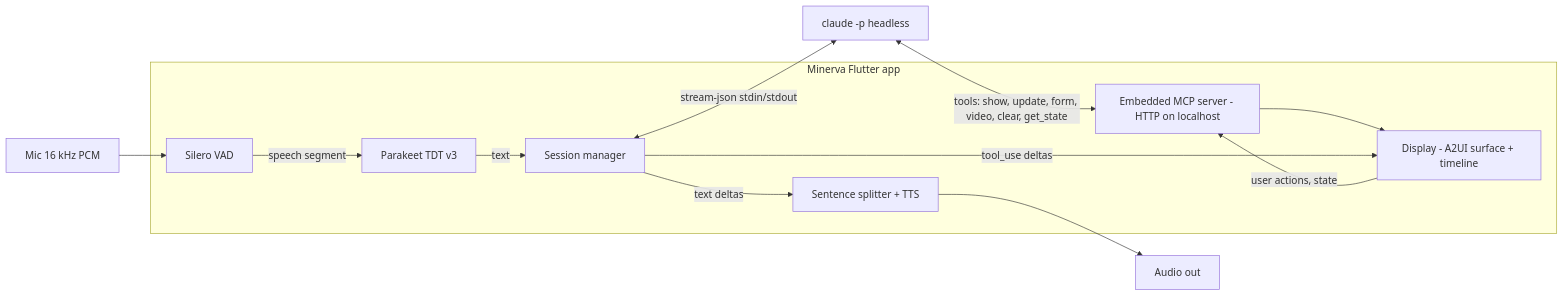
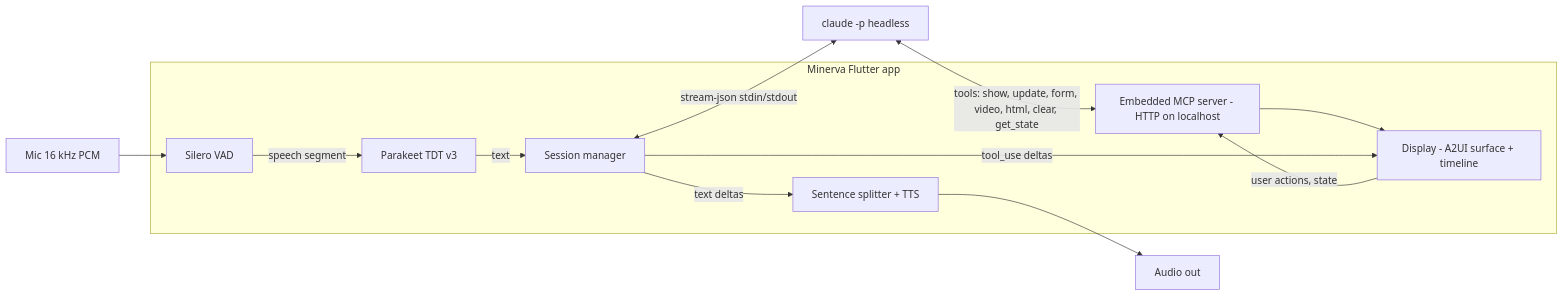
The diagram in docs/design.md (kidandcat/displai), drawn with Mermaid before and after one commit. The commit also changed other lines of this file and 16 other files, not shown here.

````diff
--- a/docs/design.md
+++ b/docs/design.md
@@ -30,20 +30,20 @@
 ```mermaid
 flowchart LR
   Mic[Mic 16 kHz PCM] --> VAD[Silero VAD]
   VAD -->|speech segment| STT[Parakeet TDT v3]
   STT -->|text| Brain
   subgraph App[Minerva Flutter app]
     VAD
     STT
     Brain[Session manager]
     Speaker[Sentence splitter + TTS]
     MCP[Embedded MCP server - HTTP on localhost]
     Surface[Display - A2UI surface + timeline]
   end
   Brain <-->|stream-json stdin/stdout| CC[claude -p headless]
-  CC <-->|tools: show, update, form, video, clear, get_state| MCP
+  CC <-->|tools: show, update, form, video, html, clear, get_state| MCP
   MCP --> Surface
   Surface -->|user actions, state| MCP
   Brain -->|text deltas| Speaker --> Out[Audio out]
   Brain -->|tool_use deltas| Surface
 ```
````
